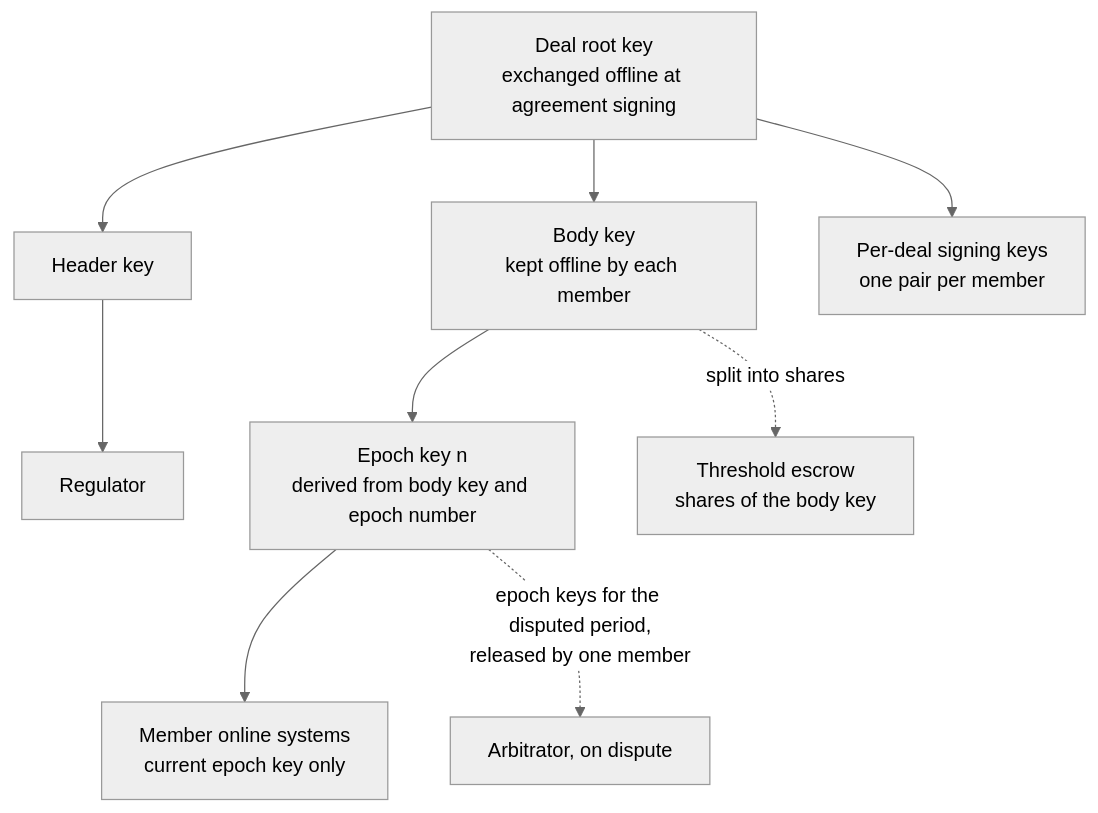
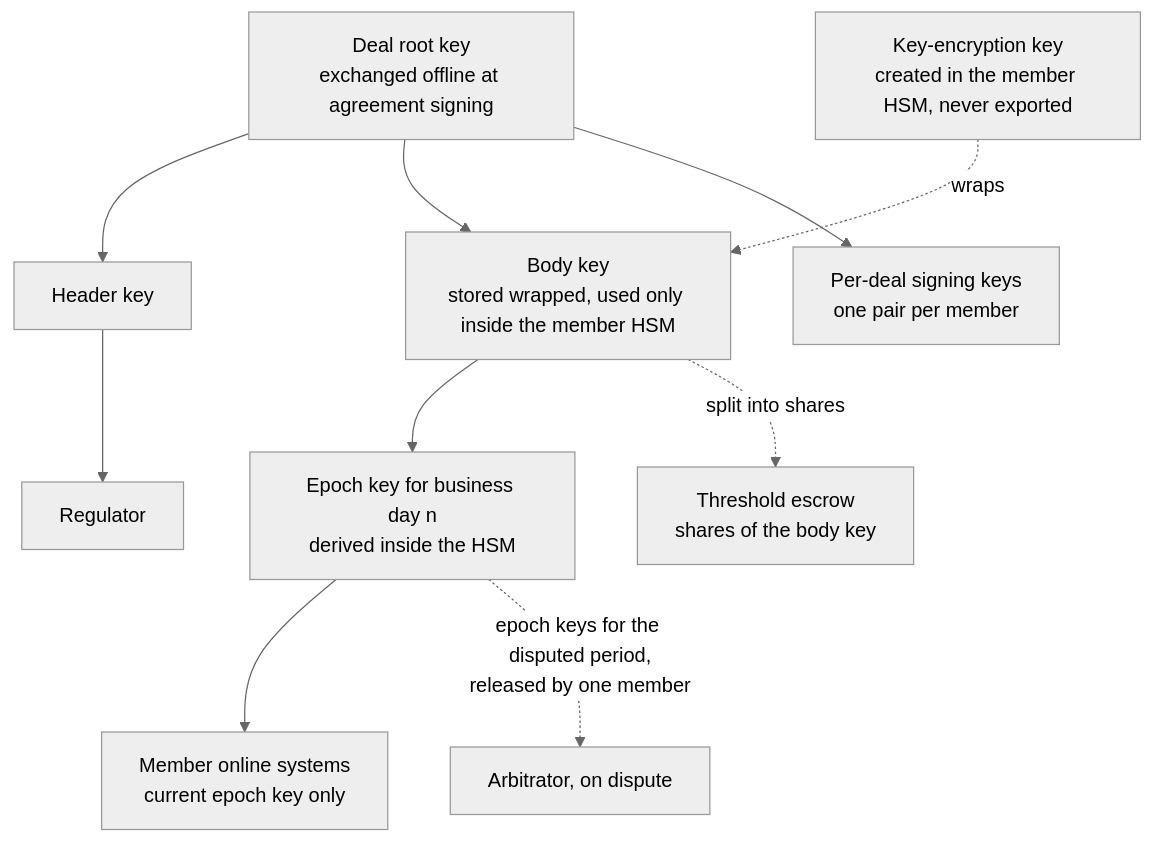
One commit to finos-hack/cdm-collateral changed the fourth of 10 diagrams in docs/architecture/onchain-privacy.md. Above: the diagram before and after it, drawn with Mermaid (neutral theme). The commit also changed other lines of this file, not shown here.

First line of the commit message:
docs: onchain-privacy sets one-business-day epoch keys derived inside the member HSM

````diff
--- a/docs/architecture/onchain-privacy.md
+++ b/docs/architecture/onchain-privacy.md
@@ -406,21 +408,23 @@
 ```mermaid
 flowchart TD
   RK["Deal root key<br/>exchanged offline at agreement signing"]
   HK["Header key"]
-  BK["Body key<br/>kept offline by each member"]
-  E1["Epoch key n<br/>derived from body key and epoch number"]
+  BK["Body key<br/>stored wrapped, used only inside the member HSM"]
+  KEK["Key-encryption key<br/>created in the member HSM, never exported"]
+  E1["Epoch key for business day n<br/>derived inside the HSM"]
   SK["Per-deal signing keys<br/>one pair per member"]
   REG["Regulator"]
   MEM["Member online systems<br/>current epoch key only"]
   ESC["Threshold escrow<br/>shares of the body key"]
   ARB["Arbitrator, on dispute"]
 
   RK --> HK
   RK --> BK
+  KEK -. "wraps" .-> BK
   RK --> SK
   BK --> E1
   HK --> REG
   E1 --> MEM
   BK -. "split into shares" .-> ESC
   E1 -. "epoch keys for the disputed period,<br/>released by one member" .-> ARB
 ```
````
